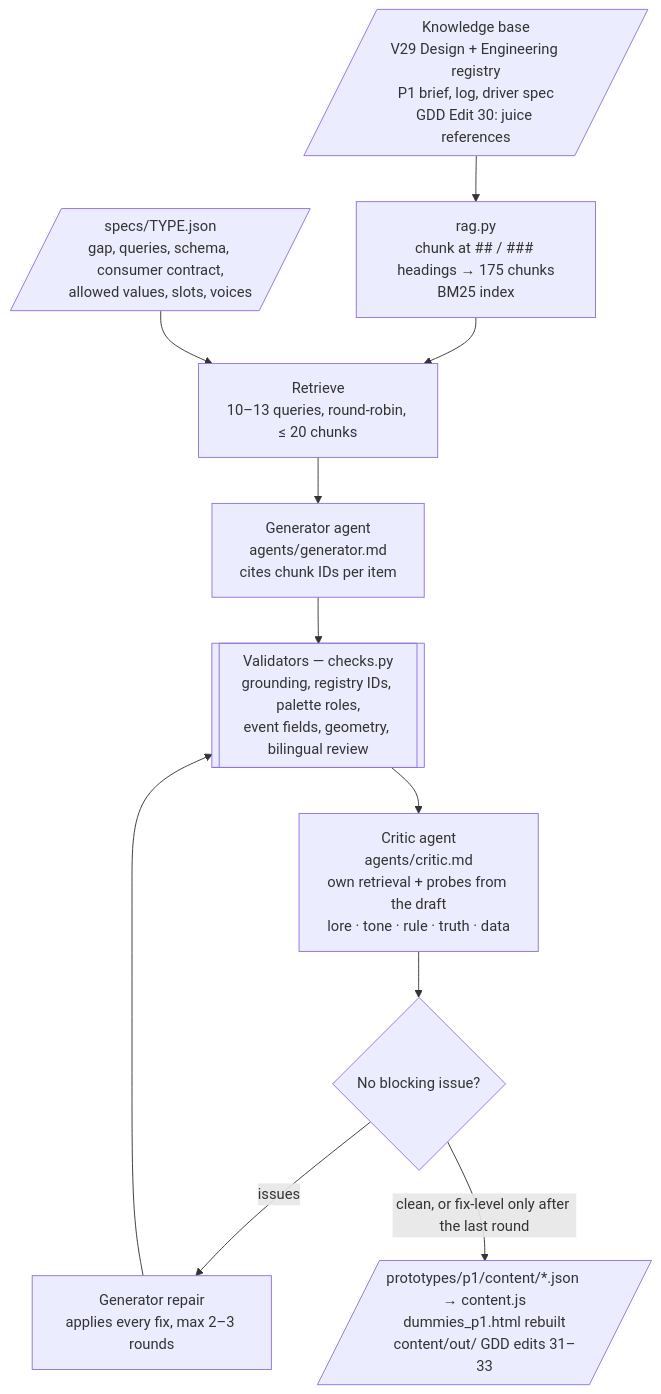
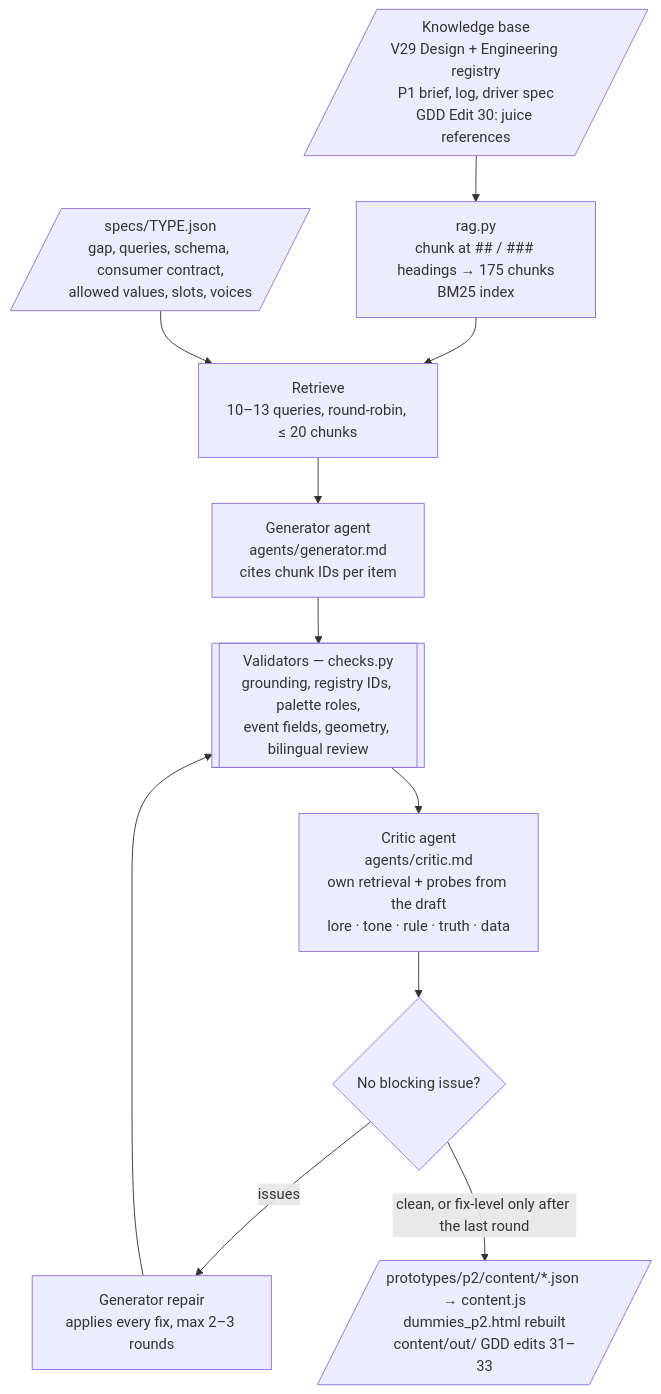
One commit to lawrencelek/ELVTR-dummies-agent-crew changed the diagram in content/README.md. Above: the diagram before and after it, drawn with Mermaid. The commit also changed other lines of this file and 45 other files, not shown here.

First line of the commit message:
Move generated content to prototypes/p2; restore P1 to the P1.9 freeze

````diff
--- a/content/README.md
+++ b/content/README.md
@@ -22,17 +22,17 @@
 ```mermaid
 flowchart TD
     KB[/"Knowledge base<br/>V29 Design + Engineering registry<br/>P1 brief, log, driver spec<br/>GDD Edit 30: juice references"/]
     IDX["rag.py<br/>chunk at ## / ### headings → 175 chunks<br/>BM25 index"]
     SPEC[/"specs/TYPE.json<br/>gap, queries, schema, consumer contract,<br/>allowed values, slots, voices"/]
     RET["Retrieve<br/>10–13 queries, round-robin, ≤ 20 chunks"]
     GEN["Generator agent<br/>agents/generator.md<br/>cites chunk IDs per item"]
     VAL[["Validators — checks.py<br/>grounding, registry IDs, palette roles,<br/>event fields, geometry, bilingual review"]]
     CRIT["Critic agent<br/>agents/critic.md<br/>own retrieval + probes from the draft<br/>lore · tone · rule · truth · data"]
     GATE{"No blocking issue?"}
     FIX["Generator repair<br/>applies every fix, max 2–3 rounds"]
-    PUB[/"prototypes/p1/content/*.json → content.js<br/>dummies_p1.html rebuilt<br/>content/out/ GDD edits 31–33"/]
+    PUB[/"prototypes/p2/content/*.json → content.js<br/>dummies_p2.html rebuilt<br/>content/out/ GDD edits 31–33"/]
     KB --> IDX --> RET
     SPEC --> RET --> GEN --> VAL --> CRIT --> GATE
     GATE -- "issues" --> FIX --> VAL
     GATE -- "clean, or fix-level only after the last round" --> PUB
 ```
````
